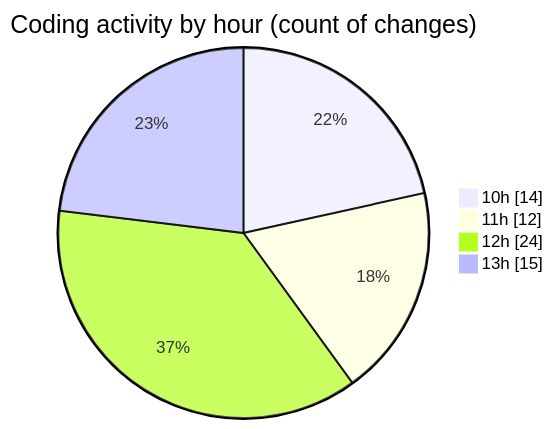
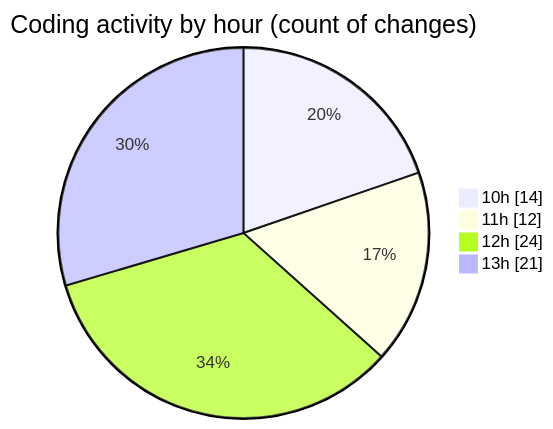
The second of 2 diagrams in 2025-09-29/cda/README.md (momahboobian/code-tracking), drawn with Mermaid before and after one commit. The commit also changed other lines of this file and 1 other file, not shown here.

````diff
--- a/2025-09-29/cda/README.md
+++ b/2025-09-29/cda/README.md
@@ -37,8 +37,8 @@
 ```mermaid
 pie showData
 title Coding activity by hour (count of changes)
 "10h" : 14
 "11h" : 12
 "12h" : 24
-"13h" : 15
+"13h" : 21
 ```
````
